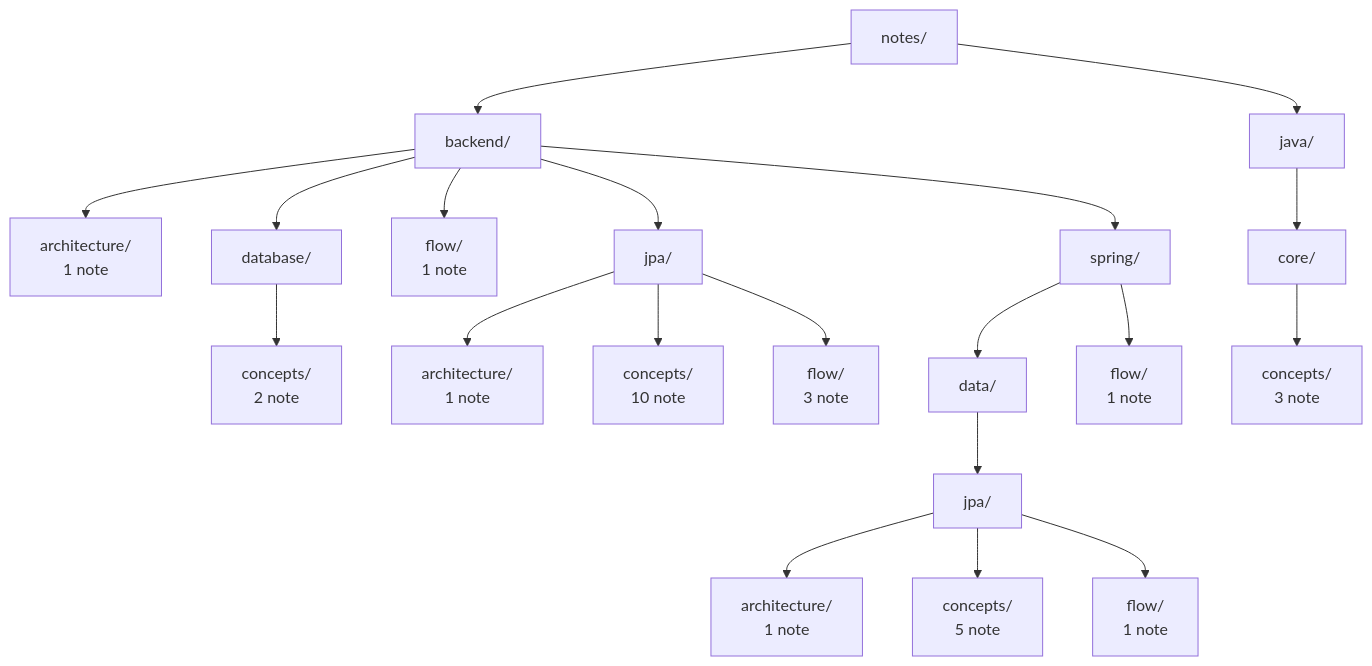
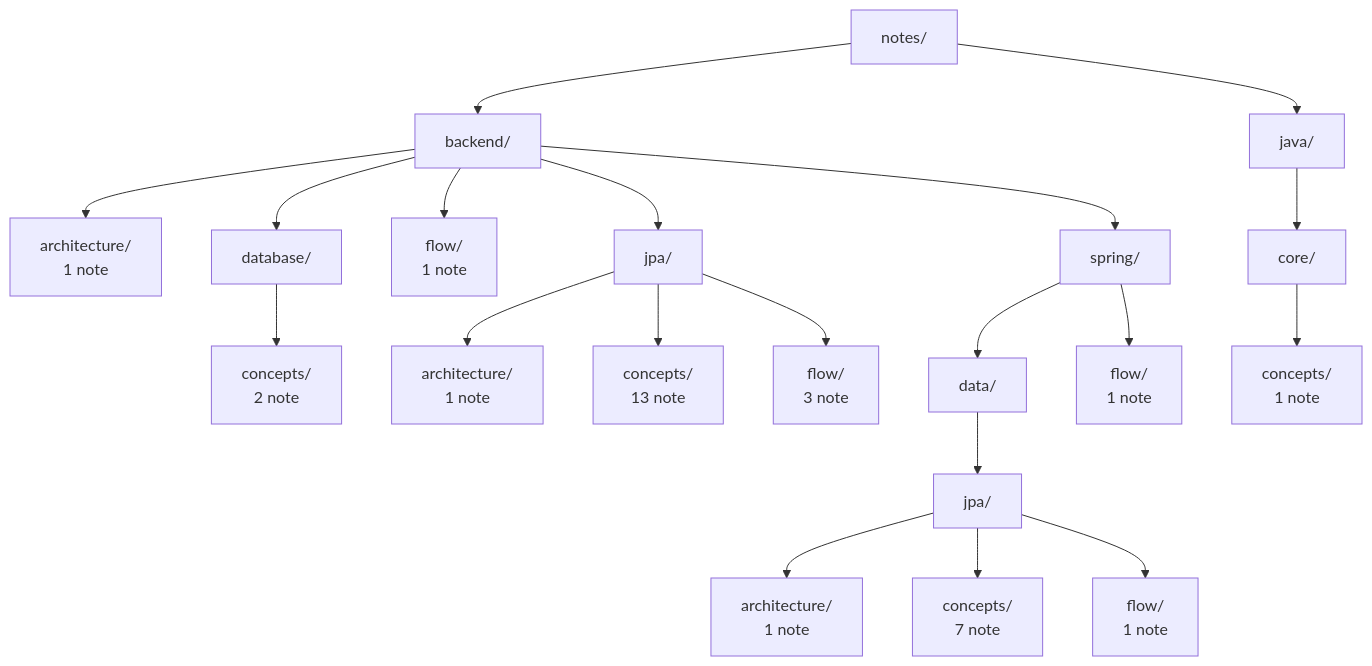
One commit to Pizza-Mozzarella/self-learning changed the diagram in notes/README.md. Above: the diagram before and after it, drawn with Mermaid. The commit also changed 44 other files, not shown here.

````diff
--- a/notes/README.md
+++ b/notes/README.md
@@ -6,42 +6,42 @@
 ```mermaid
 flowchart TD
     d0["notes/"]
     d1["backend/"]
     d0 --> d1
     d2["architecture/<br/>1 note"]
     d1 --> d2
     d3["database/"]
     d1 --> d3
     d4["concepts/<br/>2 note"]
     d3 --> d4
     d5["flow/<br/>1 note"]
     d1 --> d5
     d6["jpa/"]
     d1 --> d6
     d7["architecture/<br/>1 note"]
     d6 --> d7
-    d8["concepts/<br/>10 note"]
+    d8["concepts/<br/>13 note"]
     d6 --> d8
     d9["flow/<br/>3 note"]
     d6 --> d9
     d10["spring/"]
     d1 --> d10
     d11["data/"]
     d10 --> d11
     d12["jpa/"]
     d11 --> d12
     d13["architecture/<br/>1 note"]
     d12 --> d13
-    d14["concepts/<br/>5 note"]
+    d14["concepts/<br/>7 note"]
     d12 --> d14
     d15["flow/<br/>1 note"]
     d12 --> d15
     d16["flow/<br/>1 note"]
     d10 --> d16
     d17["java/"]
     d0 --> d17
     d18["core/"]
     d17 --> d18
-    d19["concepts/<br/>3 note"]
+    d19["concepts/<br/>1 note"]
     d18 --> d19
 ```
````
